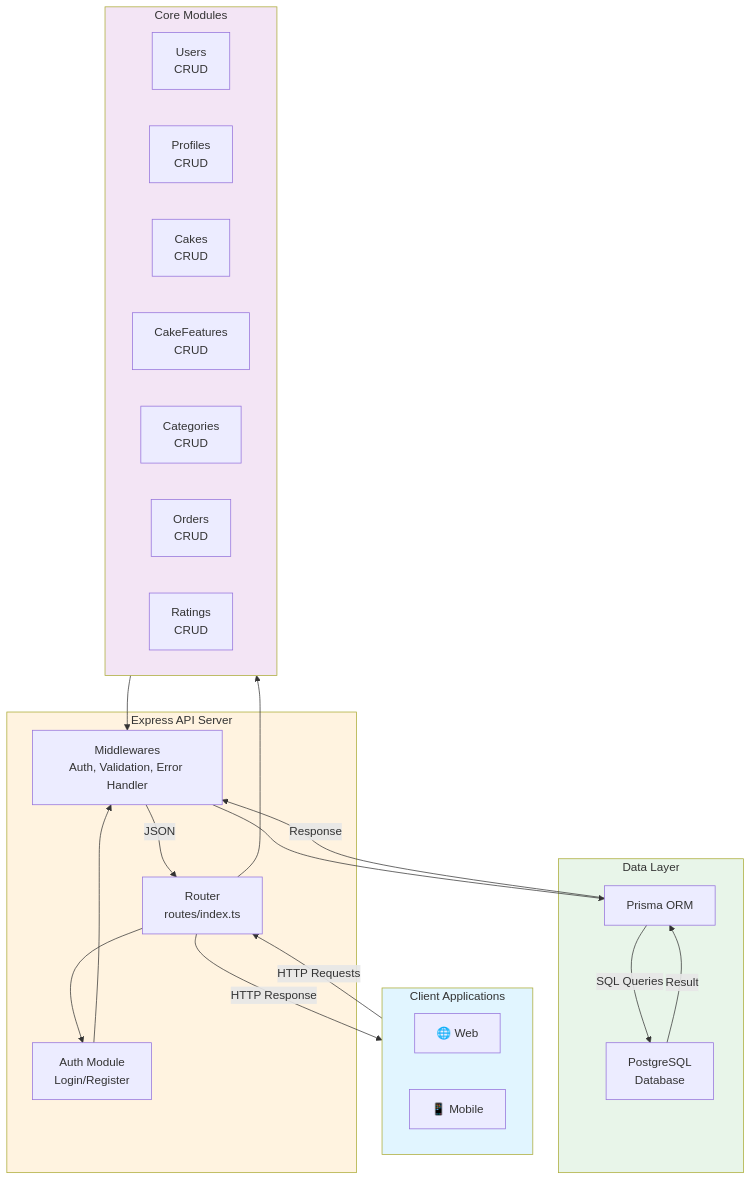
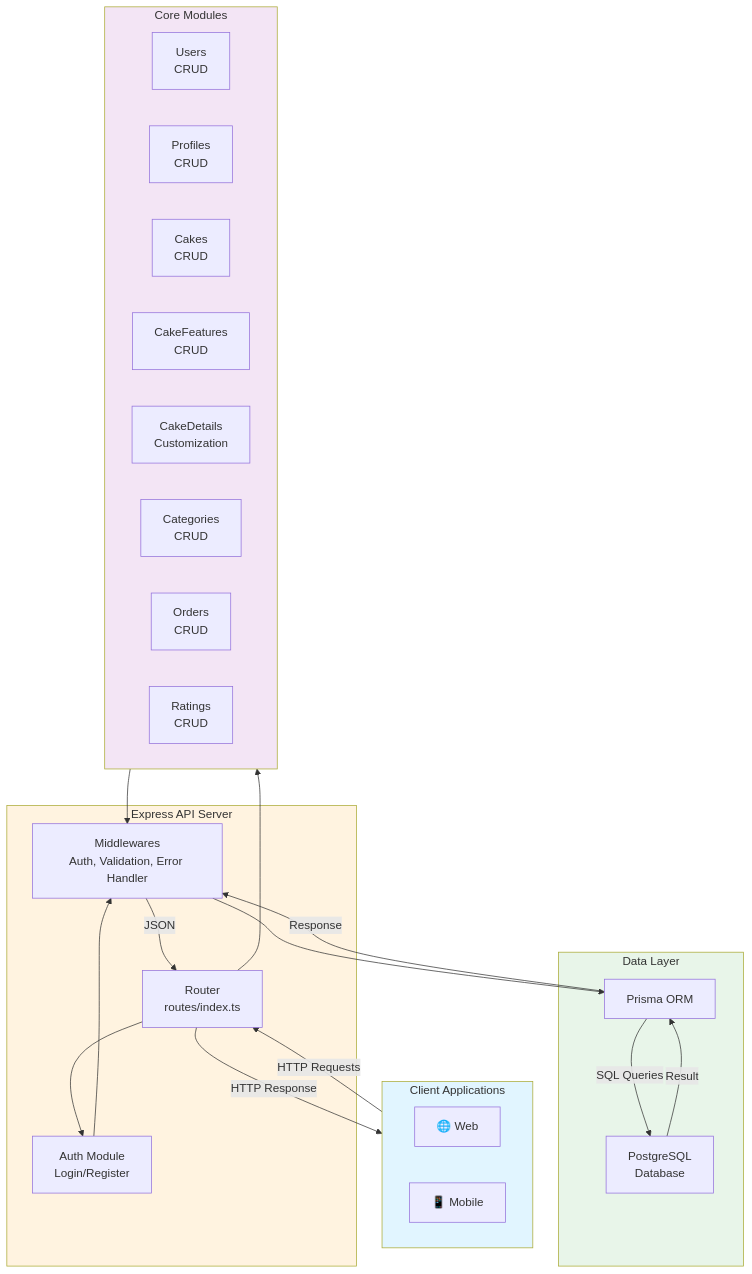
Before and after one commit to suny-webdevs/ugcake-server: the diagram in README.md, drawn with Mermaid. The commit also changed other lines of this file and 2 other files, not shown here.

First line of the commit message:
docs: update README with cakeDetails module and new enums

````diff
--- a/README.md
+++ b/README.md
@@ -60,45 +60,46 @@
 ```mermaid
 flowchart TB
     subgraph Client["Client Applications"]
         Web["🌐 Web"]
         Mobile["📱 Mobile"]
     end
 
     subgraph API["Express API Server"]
         Router["Router<br/>routes/index.ts"]
         Auth["Auth Module<br/>Login/Register"]
         Middleware["Middlewares<br/>Auth, Validation, Error Handler"]
     end
 
     subgraph Modules["Core Modules"]
         Users["Users<br/>CRUD"]
         Profiles["Profiles<br/>CRUD"]
         Cakes["Cakes<br/>CRUD"]
         Features["CakeFeatures<br/>CRUD"]
+        Details["CakeDetails<br/>Customization"]
         Categories["Categories<br/>CRUD"]
         Orders["Orders<br/>CRUD"]
         Ratings["Ratings<br/>CRUD"]
     end
 
     subgraph Data["Data Layer"]
         Prisma["Prisma ORM"]
         DB["PostgreSQL<br/>Database"]
     end
 
     Client -->|HTTP Requests| Router
     Router --> Auth
     Router --> Modules
     Auth --> Middleware
     Modules --> Middleware
     Middleware --> Prisma
     Prisma -->|SQL Queries| DB
     DB -->|Result| Prisma
     Prisma -->|Response| Middleware
     Middleware -->|JSON| Router
     Router -->|HTTP Response| Client
 
     style Client fill:#e1f5ff
     style API fill:#fff3e0
     style Modules fill:#f3e5f5
     style Data fill:#e8f5e9
 ```
````
